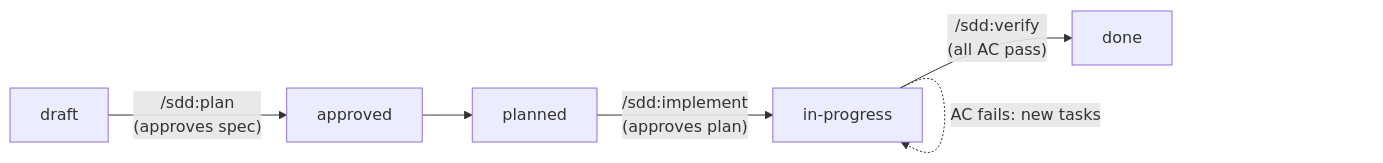
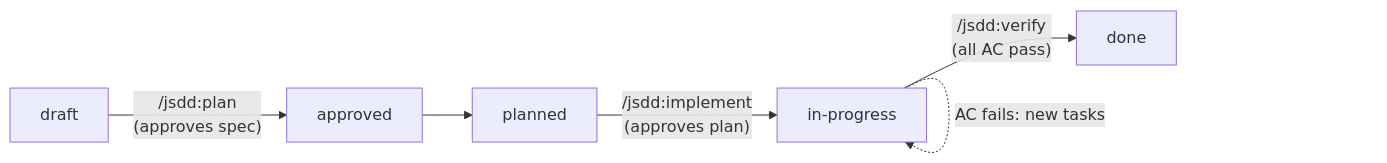
Before and after one commit to JoDi-27/JoDi-SDD: the second of 3 diagrams in starters/specs/README.md, drawn with Mermaid. The commit also changed other lines of this file and 23 other files, not shown here.

Commit message:
[meta] Rename the kit to jodi-sdd, with the plugin and CLI as jsdd

````diff
--- a/starters/specs/README.md
+++ b/starters/specs/README.md
@@ -43,7 +43,7 @@
 ```mermaid
 flowchart LR
-  draft -->|"/sdd:plan<br/>(approves spec)"| approved --> planned
-  planned -->|"/sdd:implement<br/>(approves plan)"| inprogress[in-progress]
-  inprogress -->|"/sdd:verify<br/>(all AC pass)"| done
+  draft -->|"/jsdd:plan<br/>(approves spec)"| approved --> planned
+  planned -->|"/jsdd:implement<br/>(approves plan)"| inprogress[in-progress]
+  inprogress -->|"/jsdd:verify<br/>(all AC pass)"| done
   inprogress -.->|AC fails: new tasks| inprogress
 ```
````
